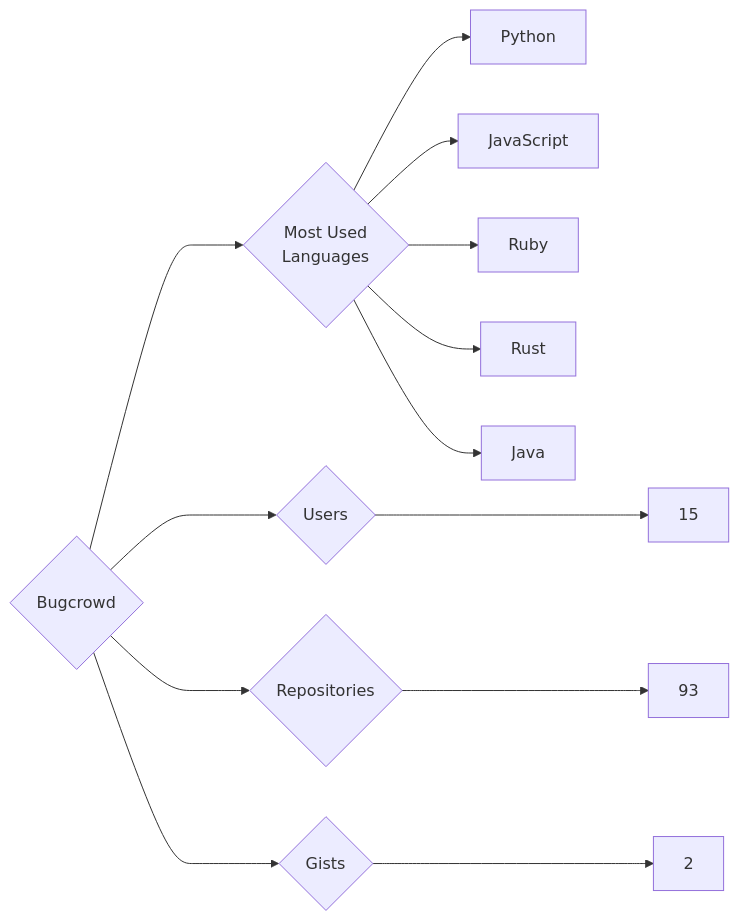
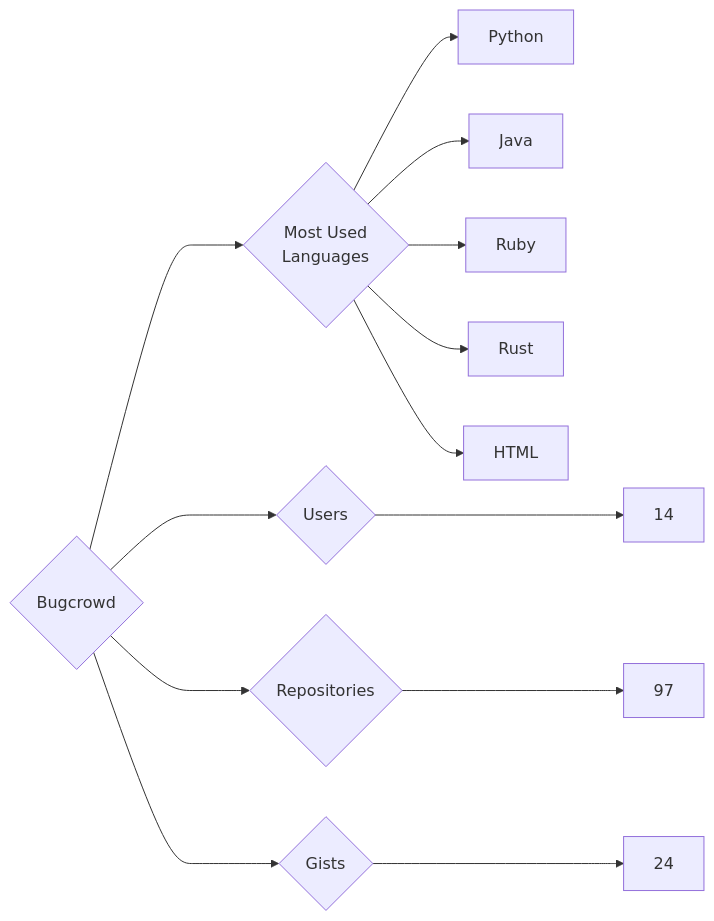
The diagram in targets/Bugcrowd/README.md (trickest/insiders), drawn with Mermaid before and after one commit. The commit also changed 1167 other files, not shown here.

````diff
--- a/targets/Bugcrowd/README.md
+++ b/targets/Bugcrowd/README.md
@@ -3,13 +3,13 @@
 ```mermaid
 graph LR
 COMPANY_NAME{Bugcrowd}
-COMPANY_NAME ---> U{Users} ---> UN[15]
-COMPANY_NAME ---> R{Repositories} ---> RN[93]
-COMPANY_NAME ---> G{Gists} ---> GN[2]
+COMPANY_NAME ---> U{Users} ---> UN[14]
+COMPANY_NAME ---> R{Repositories} ---> RN[97]
+COMPANY_NAME ---> G{Gists} ---> GN[24]
 COMPANY_NAME ---> ML{Most Used<br>Languages}
 ML --> Python[Python]
-ML --> JavaScript[JavaScript]
+ML --> Java[Java]
 ML --> Ruby[Ruby]
 ML --> Rust[Rust]
-ML --> Java[Java]
+ML --> HTML[HTML]
 ```
````
